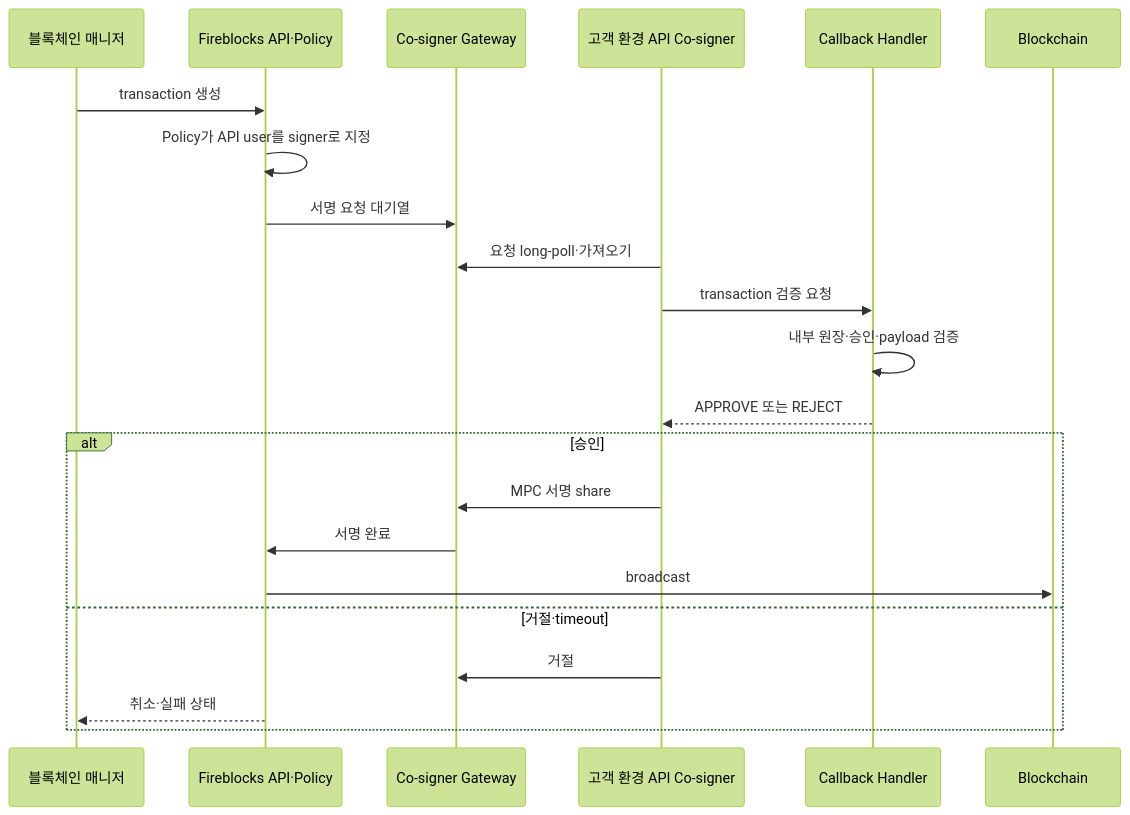
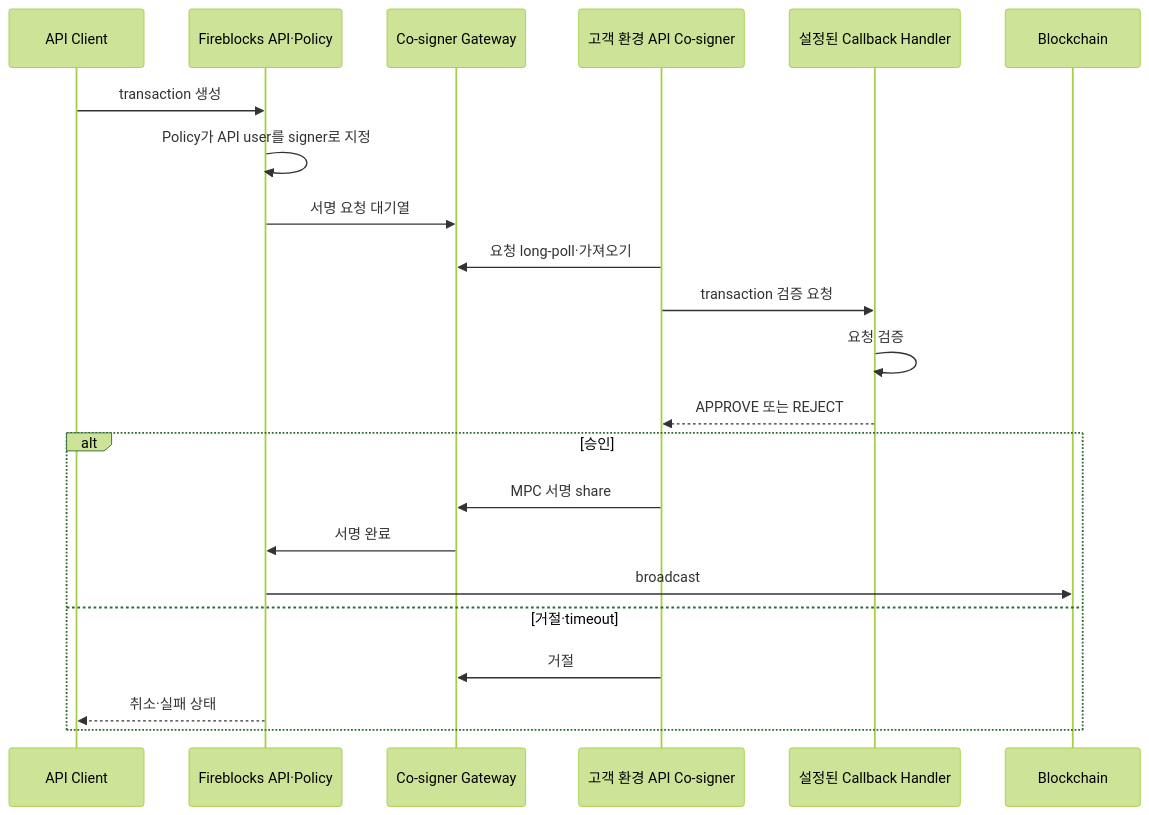
The diagram in blockchain-manager/docs/디지털 자산/Fireblocks/03-api-cosigner-callback.md (eunsujeo/eunpus), drawn with Mermaid (forest theme) before and after one commit. The commit also changed other lines of this file and 34 other files, not shown here.

````diff
--- a/blockchain-manager/docs/디지털 자산/Fireblocks/03-api-cosigner-callback.md
+++ b/blockchain-manager/docs/디지털 자산/Fireblocks/03-api-cosigner-callback.md
@@ -15,25 +15,25 @@
 ```mermaid
 sequenceDiagram
-    participant B as 블록체인 매니저
+    participant B as API Client
     participant F as Fireblocks API·Policy
     participant G as Co-signer Gateway
     participant C as 고객 환경 API Co-signer
-    participant H as Callback Handler
+    participant H as 설정된 Callback Handler
     participant N as Blockchain
 
     B->>F: transaction 생성
     F->>F: Policy가 API user를 signer로 지정
     F->>G: 서명 요청 대기열
     C->>G: 요청 long-poll·가져오기
     C->>H: transaction 검증 요청
-    H->>H: 내부 원장·승인·payload 검증
+    H->>H: 요청 검증
     H-->>C: APPROVE 또는 REJECT
     alt 승인
       C->>G: MPC 서명 share
       G->>F: 서명 완료
       F->>N: broadcast
     else 거절·timeout
       C->>G: 거절
       F-->>B: 취소·실패 상태
     end
 ```
````
